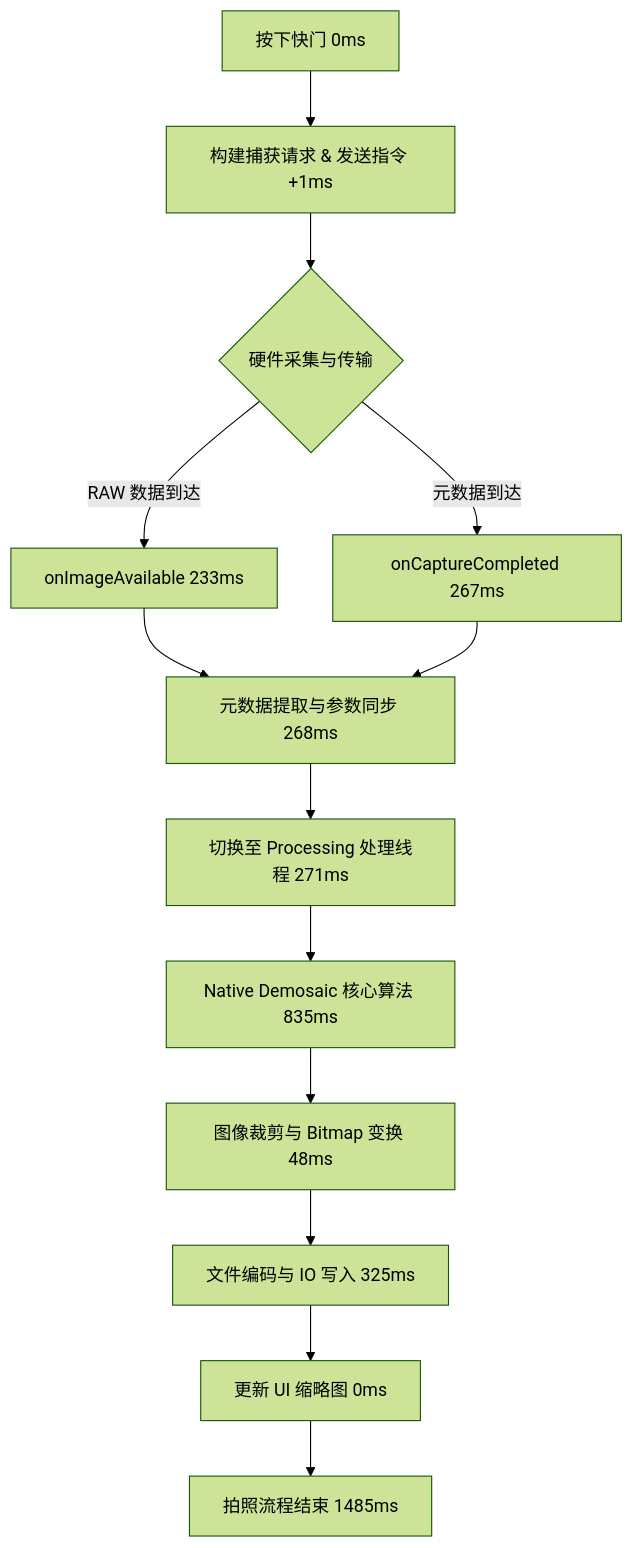
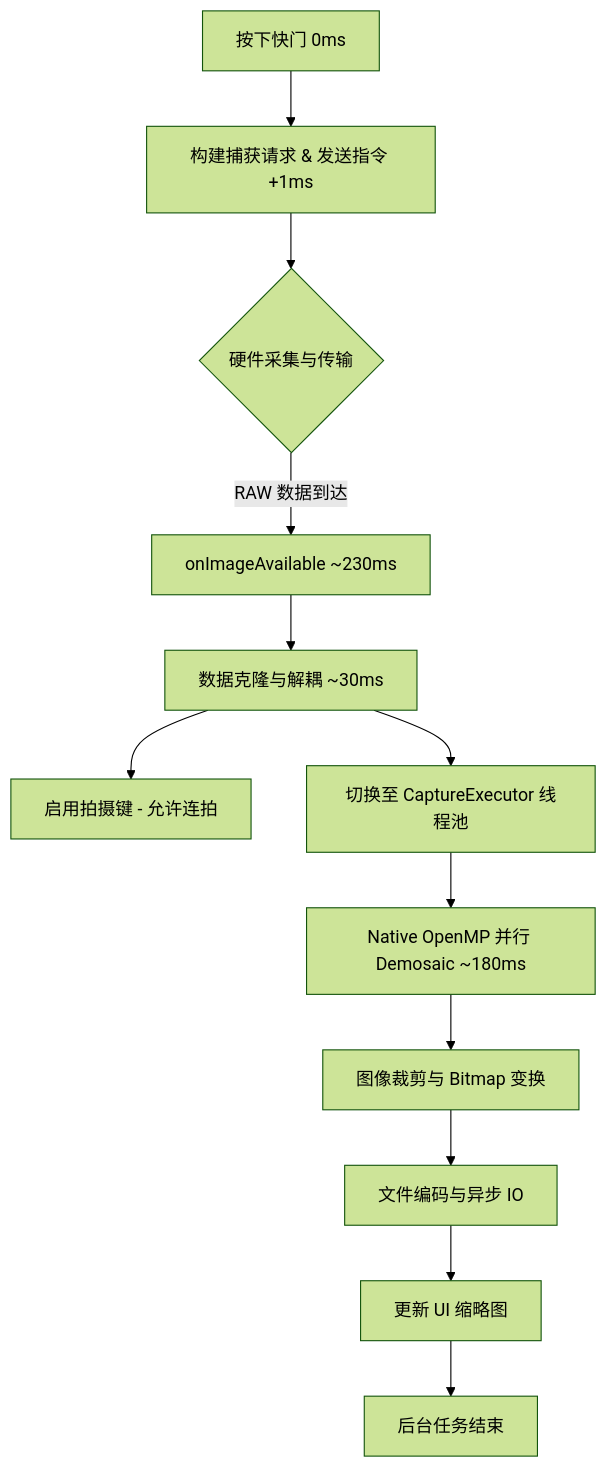
One commit to WOLF4096/wCam changed the diagram in docs/capture_flow_analysis.md. Above: the diagram before and after it, drawn with Mermaid (forest theme). The commit also changed 15 other files, not shown here.

````diff
--- a/docs/capture_flow_analysis.md
+++ b/docs/capture_flow_analysis.md
@@ -7,15 +7,14 @@
 ```mermaid
 graph TD
     A[按下快门 0ms] --> B[构建捕获请求 & 发送指令 +1ms]
     B --> C{硬件采集与传输}
-    C -->|RAW 数据到达| D[onImageAvailable 233ms]
-    C -->|元数据到达| E[onCaptureCompleted 267ms]
-    D --> F[元数据提取与参数同步 268ms]
-    E --> F
-    F --> G[切换至 Processing 处理线程 271ms]
-    G --> H[Native Demosaic 核心算法 835ms]
-    H --> I[图像裁剪与 Bitmap 变换 48ms]
-    I --> J[文件编码与 IO 写入 325ms]
-    J --> K[更新 UI 缩略图 0ms]
-    K --> L[拍照流程结束 1485ms]
+    C -->|RAW 数据到达| D[onImageAvailable ~230ms]
+    D --> E[数据克隆与解耦 ~30ms]
+    E --> F[启用拍摄键 - 允许连拍]
+    E --> G[切换至 CaptureExecutor 线程池]
+    G --> H[Native OpenMP 并行 Demosaic ~180ms]
+    H --> I[图像裁剪与 Bitmap 变换]
+    I --> J[文件编码与异步 IO]
+    J --> K[更新 UI 缩略图]
+    K --> L[后台任务结束]
 ```
````
